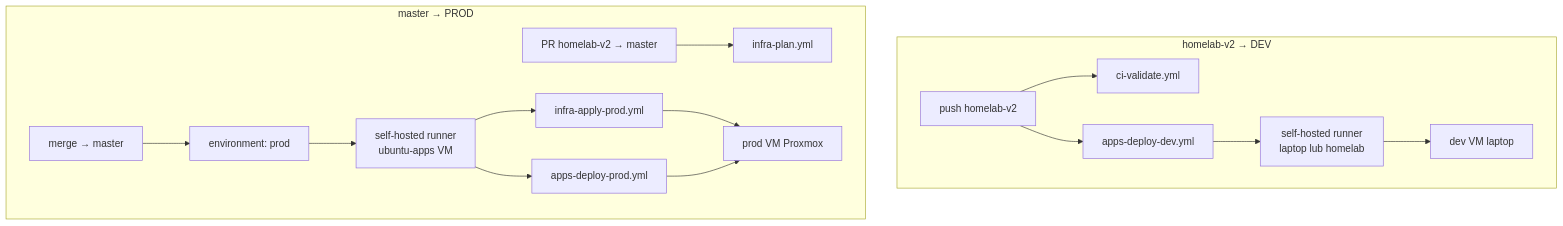
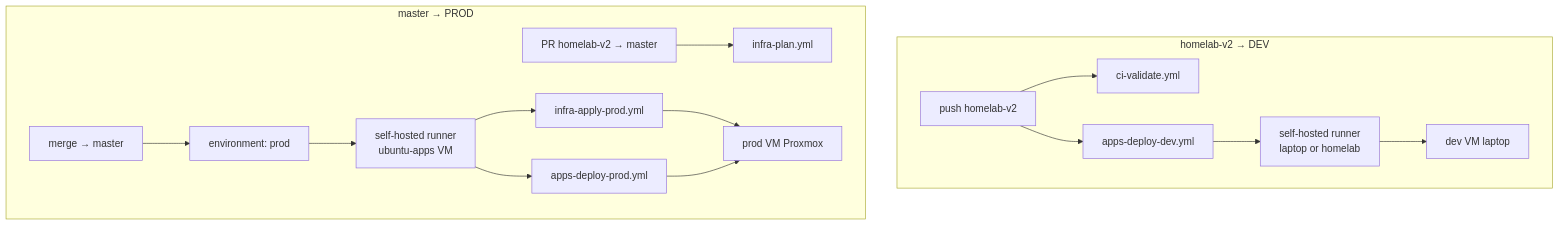
Before and after one commit to DaveKadziola/homelab: the second of 3 diagrams in docs/plan/greenfield-notes.md, drawn with Mermaid. The commit also changed other lines of this file and 61 other files, not shown here.

````diff
--- a/docs/plan/greenfield-notes.md
+++ b/docs/plan/greenfield-notes.md
@@ -142,27 +142,27 @@
 ```mermaid
 flowchart TB
     subgraph devFlow ["homelab-v2 → DEV"]
         PushV2["push homelab-v2"]
         Validate["ci-validate.yml"]
         DeployDev["apps-deploy-dev.yml"]
-        RunnerDev["self-hosted runner<br/>laptop lub homelab"]
+        RunnerDev["self-hosted runner<br/>laptop or homelab"]
         DevVM["dev VM laptop"]
         PushV2 --> Validate
         PushV2 --> DeployDev --> RunnerDev --> DevVM
     end
 
     subgraph prodFlow ["master → PROD"]
         PR["PR homelab-v2 → master"]
         Plan["infra-plan.yml"]
         Merge["merge → master"]
         Approval["environment: prod"]
         RunnerProd["self-hosted runner<br/>ubuntu-apps VM"]
         ApplyProd["infra-apply-prod.yml"]
         DeployProd["apps-deploy-prod.yml"]
         ProdVM["prod VM Proxmox"]
         PR --> Plan
         Merge --> Approval --> RunnerProd
         RunnerProd --> ApplyProd --> ProdVM
         RunnerProd --> DeployProd --> ProdVM
     end
 ```
````
